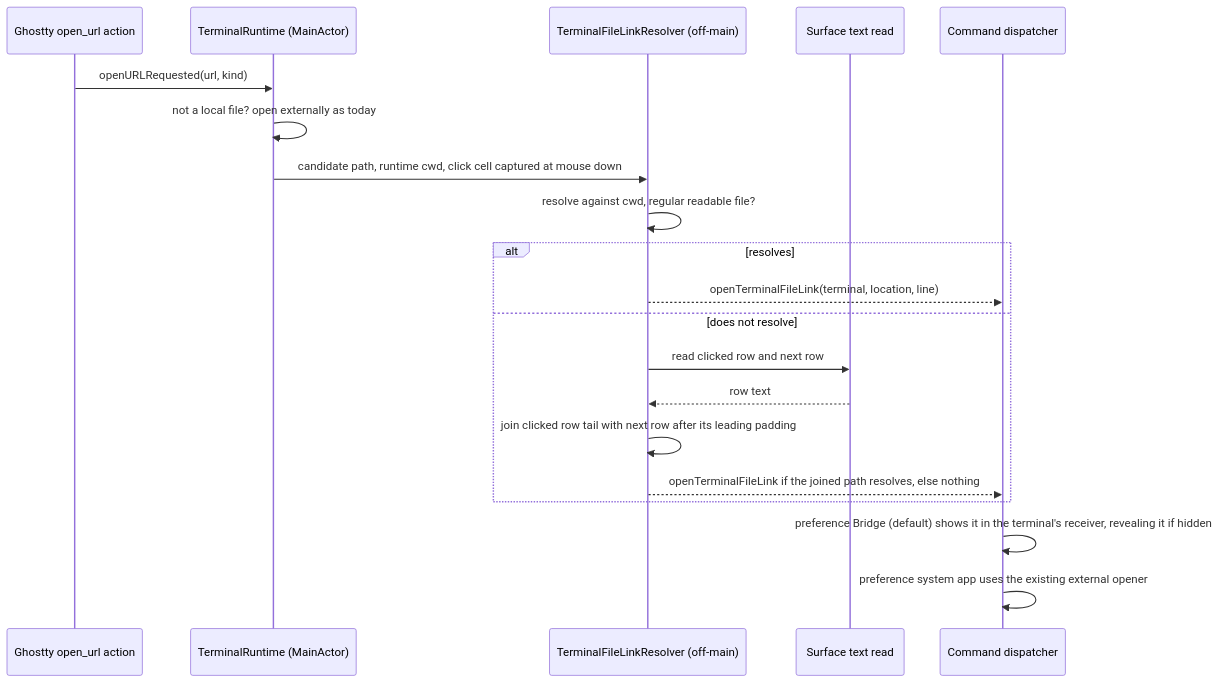
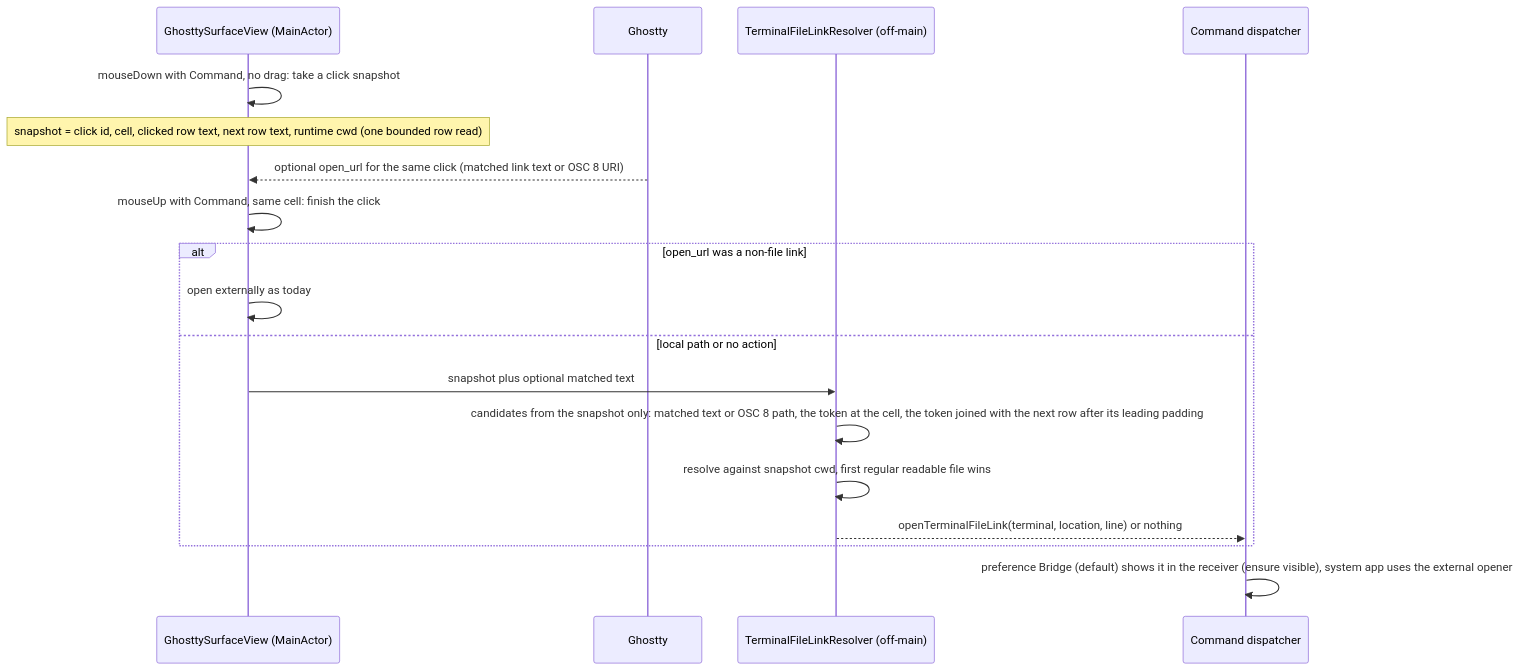
The second of 2 diagrams in docs/specs/2026-09-12-bridge-navigation/program-design.md (ShravanSunder/agentstudio), drawn with Mermaid before and after one commit. The commit also changed other lines of this file and 2 other files, not shown here.

First line of the commit message:
Correct Bridge design after second review

````diff
--- a/docs/specs/2026-09-12-bridge-navigation/program-design.md
+++ b/docs/specs/2026-09-12-bridge-navigation/program-design.md
@@ -491,22 +529,20 @@
 ```mermaid
 sequenceDiagram
-  participant G as Ghostty open_url action
-  participant R as TerminalRuntime (MainActor)
+  participant V as GhosttySurfaceView (MainActor)
+  participant G as Ghostty
   participant C as TerminalFileLinkResolver (off-main)
-  participant S as Surface text read
   participant X as Command dispatcher
-  G->>R: openURLRequested(url, kind)
-  R->>R: not a local file? open externally as today
-  R->>C: candidate path, runtime cwd, click cell captured at mouse down
-  C->>C: resolve against cwd, regular readable file?
-  alt resolves
-    C-->>X: openTerminalFileLink(terminal, location, line)
-  else does not resolve
-    C->>S: read clicked row and next row
-    S-->>C: row text
-    C->>C: join clicked row tail with next row after its leading padding
-    C-->>X: openTerminalFileLink if the joined path resolves, else nothing
+  V->>V: mouseDown with Command, no drag: take a click snapshot
+  Note over V: snapshot = click id, cell, clicked row text, next row text, runtime cwd (one bounded row read)
+  G-->>V: optional open_url for the same click (matched link text or OSC 8 URI)
+  V->>V: mouseUp with Command, same cell: finish the click
+  alt open_url was a non-file link
+    V->>V: open externally as today
+  else local path or no action
+    V->>C: snapshot plus optional matched text
+    C->>C: candidates from the snapshot only: matched text or OSC 8 path, the token at the cell, the token joined with the next row after its leading padding
+    C->>C: resolve against snapshot cwd, first regular readable file wins
+    C-->>X: openTerminalFileLink(terminal, location, line) or nothing
   end
-  X->>X: preference Bridge (default) shows it in the terminal's receiver, revealing it if hidden
-  X->>X: preference system app uses the existing external opener
+  X->>X: preference Bridge (default) shows it in the receiver (ensure visible), system app uses the external opener
 ```
````
